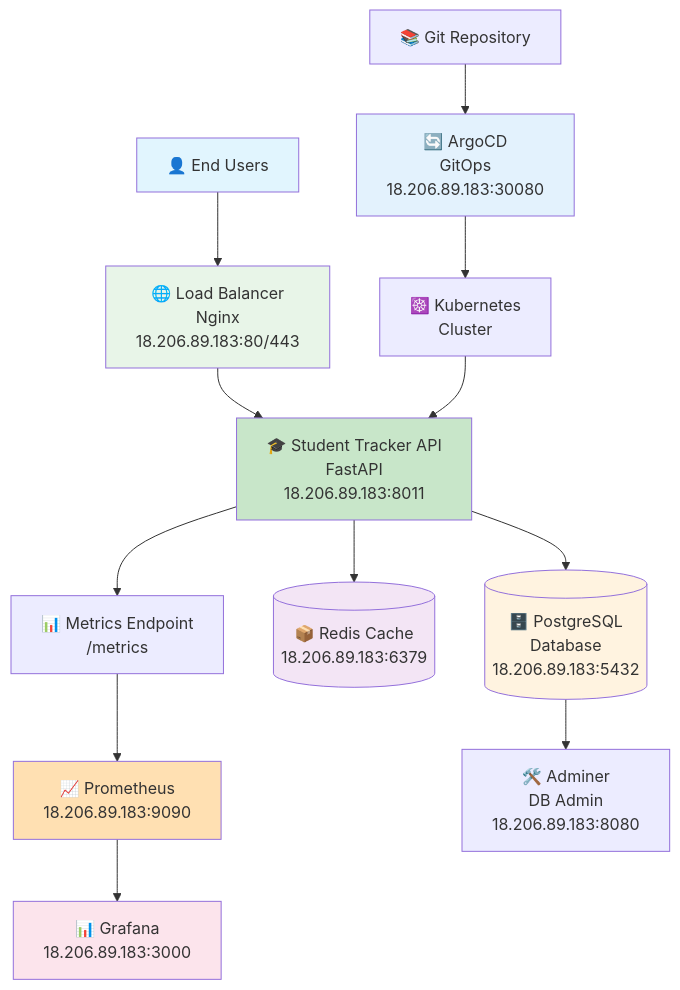
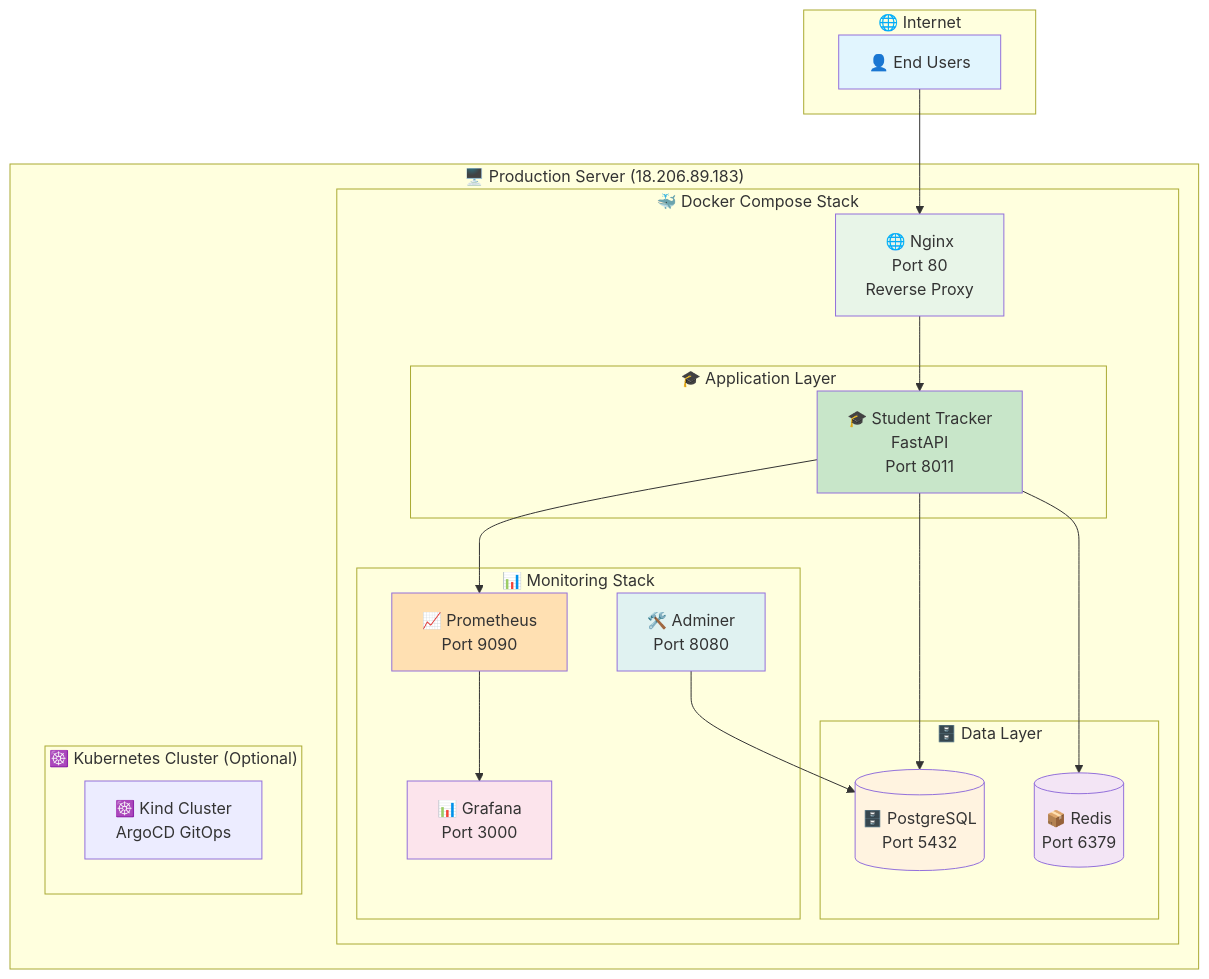
Before and after one commit to bonaventuresimeon/NativeSeries: the first of 9 diagrams in README.md, drawn with Mermaid. The commit also changed other lines of this file, not shown here.

Commit message:
Update README with comprehensive deployment, architecture, and feature details

````diff
--- a/README.md
+++ b/README.md
@@ -35,28 +49,48 @@
 ```mermaid
 graph TB
-    User[👤 End Users] --> LB[🌐 Load Balancer<br/>Nginx<br/>18.206.89.183:80/443]
+    subgraph "🌐 Internet"
+        User[👤 End Users]
+    end
     
-    LB --> App[🎓 Student Tracker API<br/>FastAPI<br/>18.206.89.183:8011]
+    subgraph "🖥️ Production Server (18.206.89.183)"
+        subgraph "🐳 Docker Compose Stack"
+            Nginx[🌐 Nginx<br/>Port 80<br/>Reverse Proxy]
+            
+            subgraph "🎓 Application Layer"
+                App[🎓 Student Tracker<br/>FastAPI<br/>Port 8011]
+            end
+            
+            subgraph "🗄️ Data Layer"
+                DB[(🗄️ PostgreSQL<br/>Port 5432)]
+                Cache[(📦 Redis<br/>Port 6379)]
+            end
+            
+            subgraph "📊 Monitoring Stack"
+                Prom[📈 Prometheus<br/>Port 9090]
+                Graf[📊 Grafana<br/>Port 3000]
+                Admin[🛠️ Adminer<br/>Port 8080]
+            end
+        end
+        
+        subgraph "☸️ Kubernetes Cluster (Optional)"
+            K8s[☸️ Kind Cluster<br/>ArgoCD GitOps]
+        end
+    end
     
-    App --> DB[(🗄️ PostgreSQL<br/>Database<br/>18.206.89.183:5432)]
-    App --> Cache[(📦 Redis Cache<br/>18.206.89.183:6379)]
-    
-    App --> Metrics[📊 Metrics Endpoint<br/>/metrics]
-    Metrics --> Prom[📈 Prometheus<br/>18.206.89.183:9090]
-    Prom --> Graf[📊 Grafana<br/>18.206.89.183:3000]
-    
-    DB --> Admin[🛠️ Adminer<br/>DB Admin<br/>18.206.89.183:8080]
-    
-    Git[📚 Git Repository] --> Argo[🔄 ArgoCD<br/>GitOps<br/>18.206.89.183:30080]
-    Argo --> K8s[☸️ Kubernetes<br/>Cluster]
-    K8s --> App
+    User --> Nginx
+    Nginx --> App
+    App --> DB
+    App --> Cache
+    App --> Prom
+    Prom --> Graf
+    Admin --> DB
     
     style User fill:#e1f5fe
     style App fill:#c8e6c9
     style DB fill:#fff3e0
     style Cache fill:#f3e5f5
-    style LB fill:#e8f5e8
+    style Nginx fill:#e8f5e8
     style Prom fill:#ffe0b2
     style Graf fill:#fce4ec
-    style Argo fill:#e3f2fd
+    style Admin fill:#e0f2f1
 ```
````
